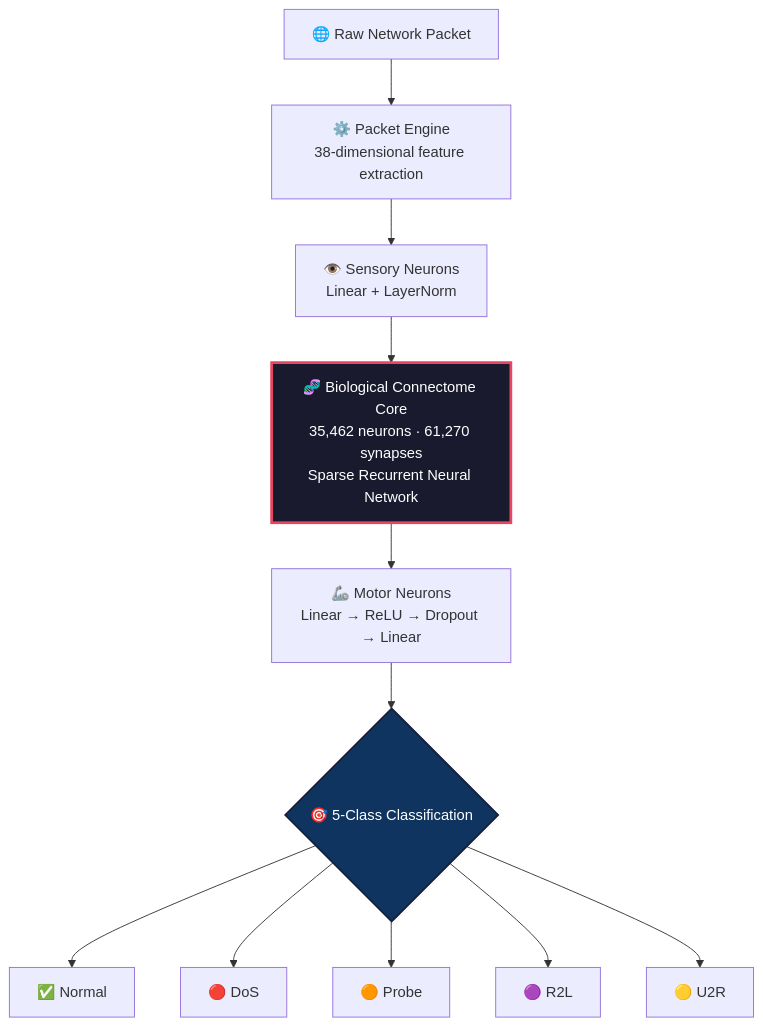
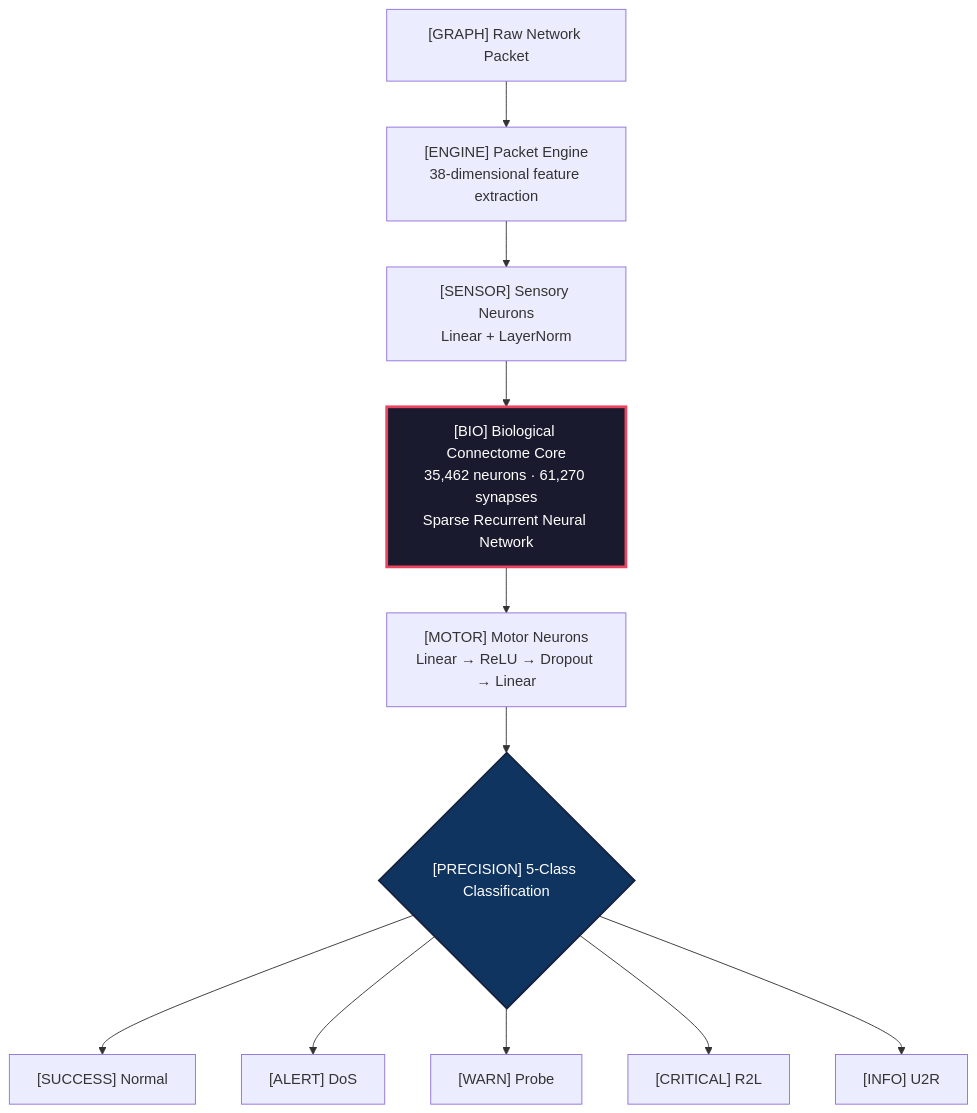
The diagram in README.md (jisjthomass/FireFly), drawn with Mermaid before and after one commit. The commit also changed other lines of this file, not shown here.

````diff
--- a/README.md
+++ b/README.md
@@ -40,16 +40,16 @@
 ```mermaid
 graph TD
-    A["🌐 Raw Network Packet"] --> B["⚙️ Packet Engine<br/>38-dimensional feature extraction"]
-    B --> C["👁️ Sensory Neurons<br/>Linear + LayerNorm"]
-    C --> D["🧬 Biological Connectome Core<br/>35,462 neurons · 61,270 synapses<br/>Sparse Recurrent Neural Network"]
-    D --> E["🦾 Motor Neurons<br/>Linear → ReLU → Dropout → Linear"]
-    E --> F{"🎯 5-Class Classification"}
-    F --> G["✅ Normal"]
-    F --> H["🔴 DoS"]
-    F --> I["🟠 Probe"]
-    F --> J["🟣 R2L"]
-    F --> K["🟡 U2R"]
+    A["[GRAPH] Raw Network Packet"] --> B["[ENGINE] Packet Engine<br/>38-dimensional feature extraction"]
+    B --> C["[SENSOR] Sensory Neurons<br/>Linear + LayerNorm"]
+    C --> D["[BIO] Biological Connectome Core<br/>35,462 neurons · 61,270 synapses<br/>Sparse Recurrent Neural Network"]
+    D --> E["[MOTOR] Motor Neurons<br/>Linear → ReLU → Dropout → Linear"]
+    E --> F{"[PRECISION] 5-Class Classification"}
+    F --> G["[SUCCESS] Normal"]
+    F --> H["[ALERT] DoS"]
+    F --> I["[WARN] Probe"]
+    F --> J["[CRITICAL] R2L"]
+    F --> K["[INFO] U2R"]
 
     style D fill:#1a1a2e,stroke:#e94560,stroke-width:3px,color:#fff
     style F fill:#0f3460,stroke:#16213e,stroke-width:2px,color:#fff
 ```
````
